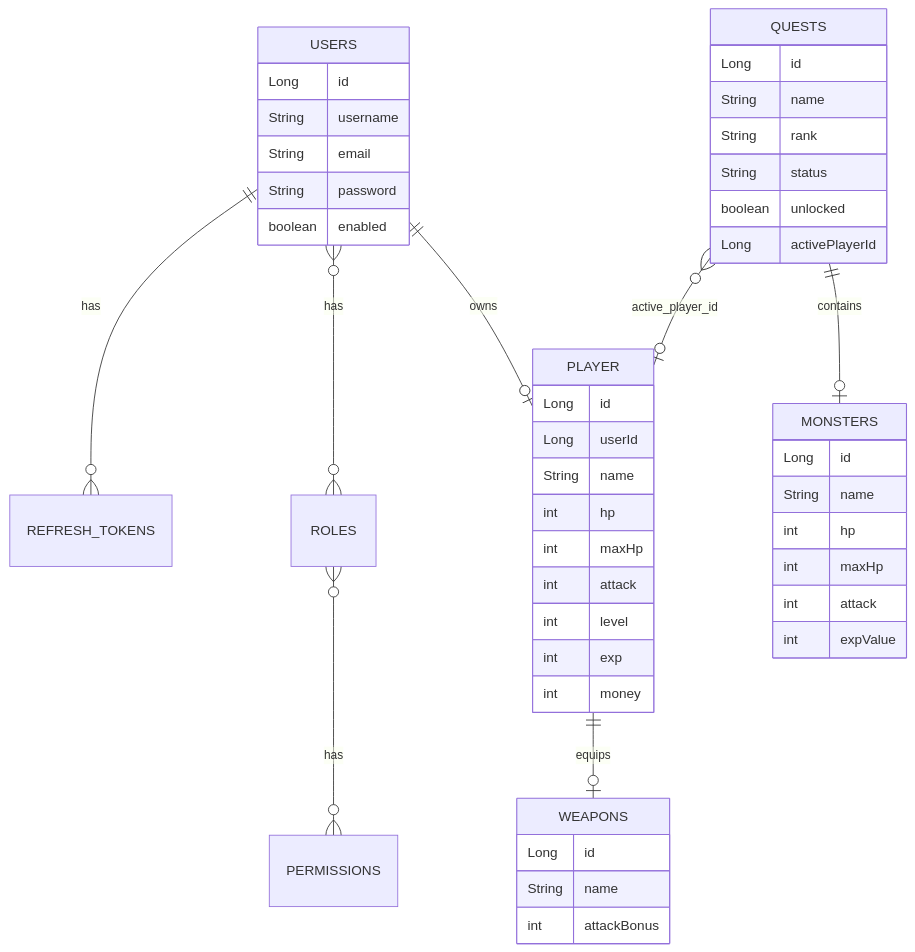
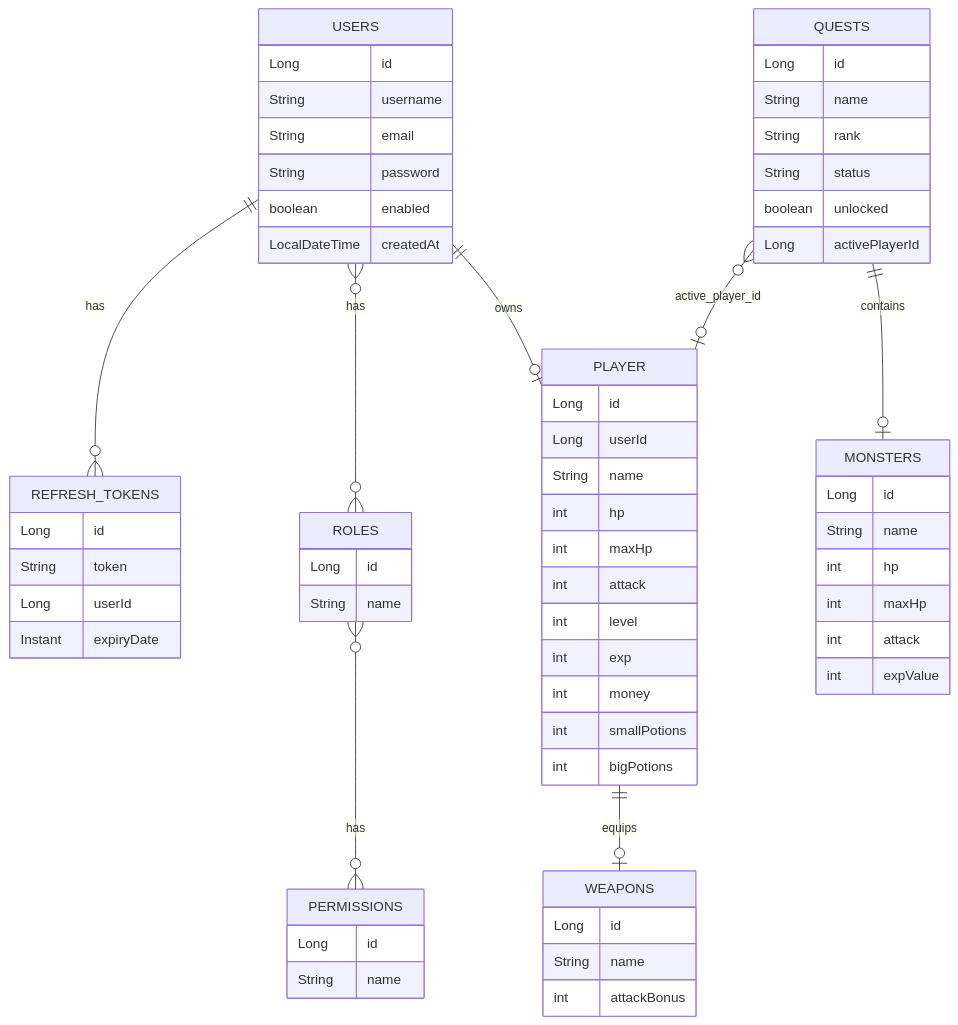
The second of 4 diagrams in README.md (wdw0826/monster), drawn with Mermaid before and after one commit. The commit also changed other lines of this file, not shown here.

Commit message:
0727readme

````diff
--- a/README.md
+++ b/README.md
@@ -21,50 +21,67 @@
 ```mermaid
 erDiagram
     USERS ||--o| PLAYER : owns
     USERS }o--o{ ROLES : has
     ROLES }o--o{ PERMISSIONS : has
     USERS ||--o{ REFRESH_TOKENS : has
     PLAYER ||--o| WEAPONS : equips
     QUESTS ||--o| MONSTERS : contains
     QUESTS }o--o| PLAYER : "active_player_id"
 
     USERS {
         Long id
         String username
         String email
         String password
         boolean enabled
+        LocalDateTime createdAt
+    }
+    ROLES {
+        Long id
+        String name
+    }
+    PERMISSIONS {
+        Long id
+        String name
+    }
+    REFRESH_TOKENS {
+        Long id
+        String token
+        Long userId
+        Instant expiryDate
     }
     PLAYER {
         Long id
         Long userId
         String name
         int hp
         int maxHp
         int attack
         int level
         int exp
         int money
+        int smallPotions
+        int bigPotions
     }
     WEAPONS {
         Long id
         String name
         int attackBonus
     }
     QUESTS {
         Long id
         String name
         String rank
         String status
         boolean unlocked
         Long activePlayerId
     }
     MONSTERS {
         Long id
         String name
         int hp
         int maxHp
         int attack
         int expValue
     }
 ```
````
